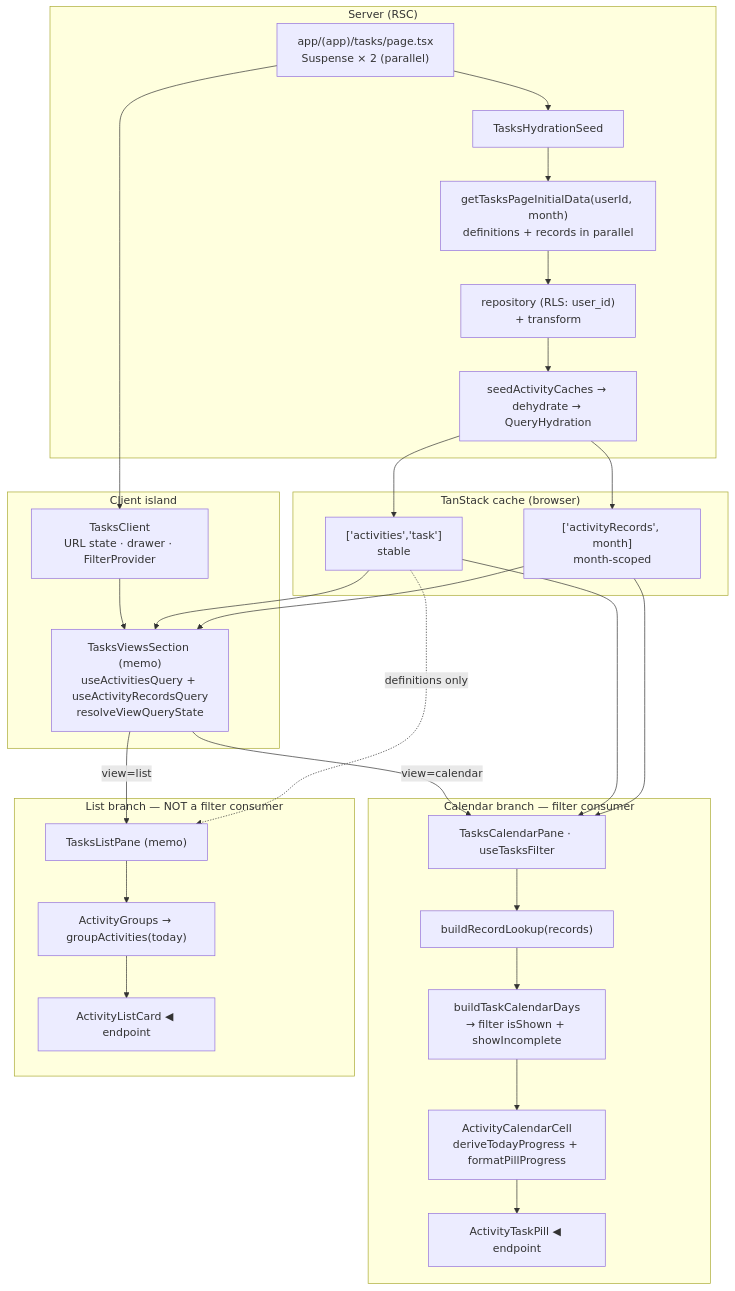
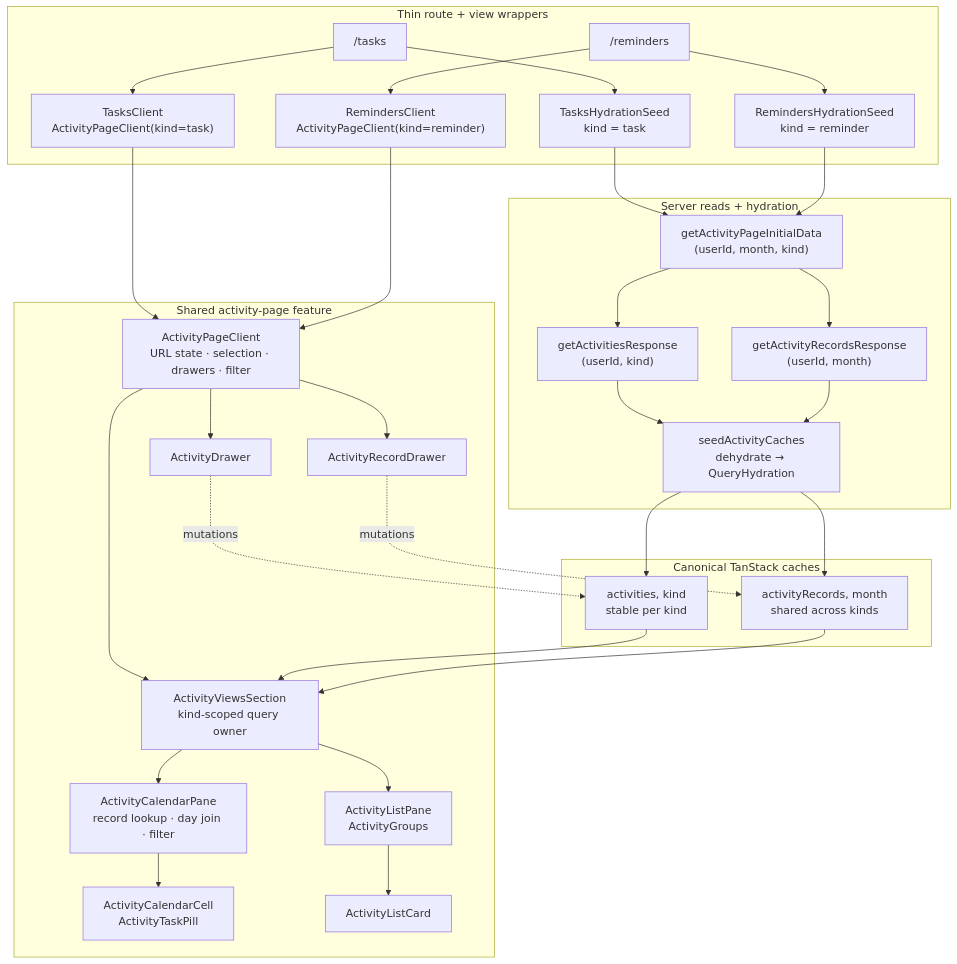
The diagram in views/tasks/docs/data-flow.md (SheriffKoder/MindFree-notes-tasks-tracker), drawn with Mermaid before and after one commit. The commit also changed other lines of this file and 6 other files, not shown here.

First line of the commit message:
docs(activity): document kind-switch reminders architecture

````diff
--- a/views/tasks/docs/data-flow.md
+++ b/views/tasks/docs/data-flow.md
@@ -13,51 +16,62 @@
 ```mermaid
 flowchart TD
-  subgraph SRV["Server (RSC)"]
-    Page["app/(app)/tasks/page.tsx<br/>Suspense × 2 (parallel)"]
-    Seed["TasksHydrationSeed"]
-    Init["getTasksPageInitialData(userId, month)<br/>definitions + records in parallel"]
-    Repo["repository (RLS: user_id)<br/>+ transform"]
-    Hyd["seedActivityCaches → dehydrate → QueryHydration"]
+  subgraph ROUTES["Thin route + view wrappers"]
+    TasksRoute["/tasks"]
+    RemindersRoute["/reminders"]
+    TasksSeed["TasksHydrationSeed<br/>kind = task"]
+    RemindersSeed["RemindersHydrationSeed<br/>kind = reminder"]
+    TasksClient["TasksClient<br/>ActivityPageClient(kind=task)"]
+    RemindersClient["RemindersClient<br/>ActivityPageClient(kind=reminder)"]
   end
 
-  subgraph CACHE["TanStack cache (browser)"]
-    Defs["['activities','task']<br/>stable"]
-    Recs["['activityRecords', month]<br/>month-scoped"]
+  subgraph SERVER["Server reads + hydration"]
+    Initial["getActivityPageInitialData<br/>(userId, month, kind)"]
+    Definitions["getActivitiesResponse<br/>(userId, kind)"]
+    Records["getActivityRecordsResponse<br/>(userId, month)"]
+    Seed["seedActivityCaches<br/>dehydrate → QueryHydration"]
   end
 
-  subgraph CLI["Client island"]
-    TC["TasksClient<br/>URL state · drawer · FilterProvider"]
-    VS["TasksViewsSection (memo)<br/>useActivitiesQuery + useActivityRecordsQuery<br/>resolveViewQueryState"]
+  subgraph CACHE["Canonical TanStack caches"]
+    DefinitionCache["activities, kind<br/>stable per kind"]
+    RecordCache["activityRecords, month<br/>shared across kinds"]
   end
 
-  subgraph CAL["Calendar branch — filter consumer"]
-    CP["TasksCalendarPane · useTasksFilter"]
-    LK["buildRecordLookup(records)"]
-    DY["buildTaskCalendarDays<br/>→ filter isShown + showIncomplete"]
-    CELL["ActivityCalendarCell<br/>deriveTodayProgress + formatPillProgress"]
-    PILL["ActivityTaskPill ◀ endpoint"]
+  subgraph PAGE["Shared activity-page feature"]
+    PageClient["ActivityPageClient<br/>URL state · selection · drawers · filter"]
+    Views["ActivityViewsSection<br/>kind-scoped query owner"]
+    Calendar["ActivityCalendarPane<br/>record lookup · day join · filter"]
+    List["ActivityListPane<br/>ActivityGroups"]
+    CalendarCell["ActivityCalendarCell<br/>ActivityTaskPill"]
+    ListCard["ActivityListCard"]
+    DefinitionDrawer["ActivityDrawer"]
+    RecordDrawer["ActivityRecordDrawer"]
   end
 
-  subgraph LST["List branch — NOT a filter consumer"]
-    LP["TasksListPane (memo)"]
-    GRP["ActivityGroups → groupActivities(today)"]
-    CARD["ActivityListCard ◀ endpoint"]
-  end
+  TasksRoute --> TasksSeed
+  TasksRoute --> TasksClient
+  RemindersRoute --> RemindersSeed
+  RemindersRoute --> RemindersClient
 
-  Page --> Seed --> Init --> Repo --> Hyd
-  Page --> TC
-  Hyd --> Defs
-  Hyd --> Recs
-  TC --> VS
-  Defs --> VS
-  Recs --> VS
-  VS -->|view=calendar| CP
-  VS -->|view=list| LP
+  TasksSeed --> Initial
+  RemindersSeed --> Initial
+  Initial --> Definitions
+  Initial --> Records
+  Definitions --> Seed
+  Records --> Seed
+  Seed --> DefinitionCache
+  Seed --> RecordCache
 
-  CP --> LK --> DY --> CELL --> PILL
-  Defs --> CP
-  Recs --> CP
-
-  LP --> GRP --> CARD
-  Defs -. definitions only .-> LP
+  TasksClient --> PageClient
+  RemindersClient --> PageClient
+  PageClient --> Views
+  PageClient --> DefinitionDrawer
+  PageClient --> RecordDrawer
+  DefinitionCache --> Views
+  RecordCache --> Views
+  Views --> Calendar
+  Views --> List
+  Calendar --> CalendarCell
+  List --> ListCard
+  DefinitionDrawer -. mutations .-> DefinitionCache
+  RecordDrawer -. mutations .-> RecordCache
 ```
````
